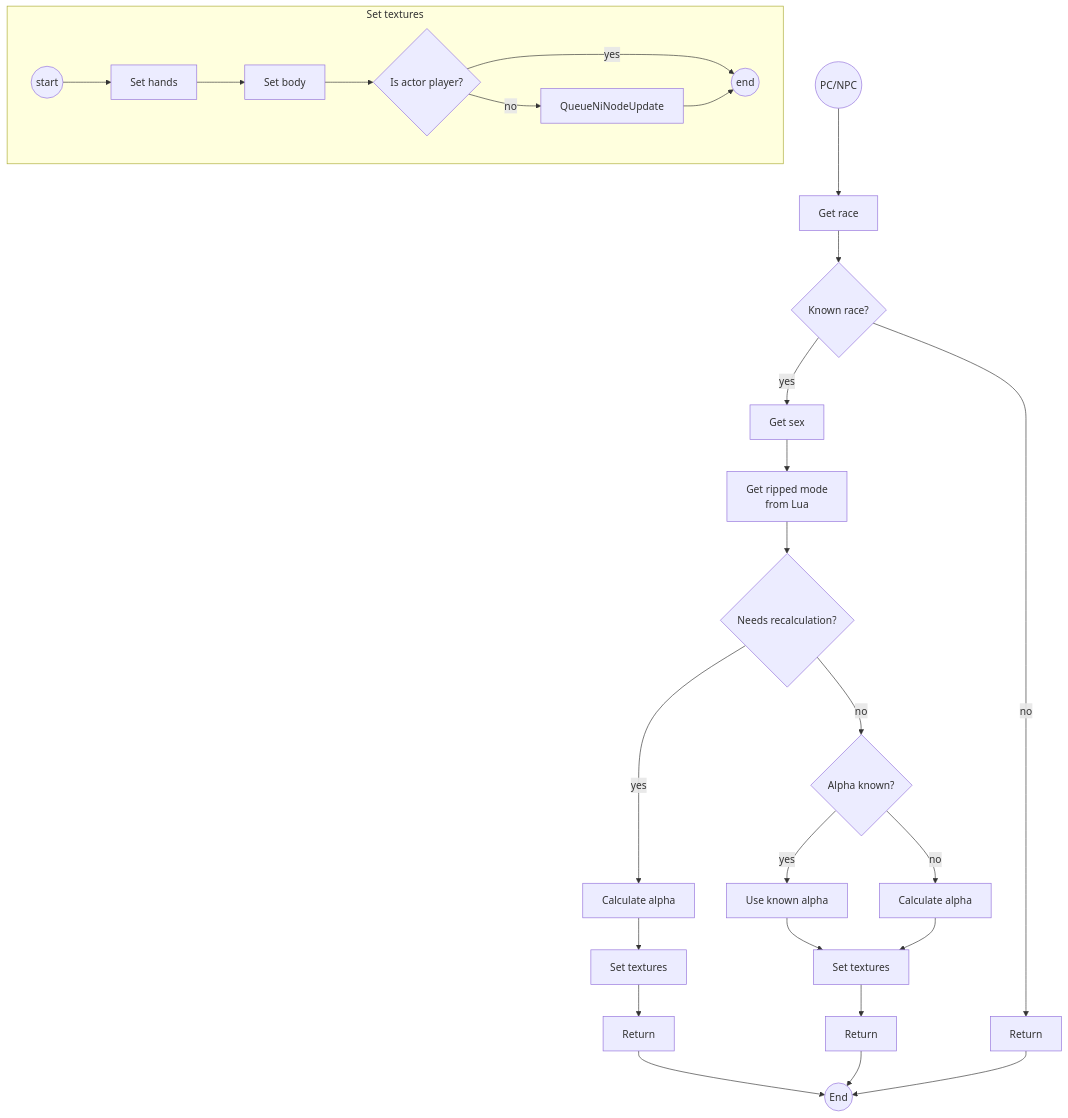
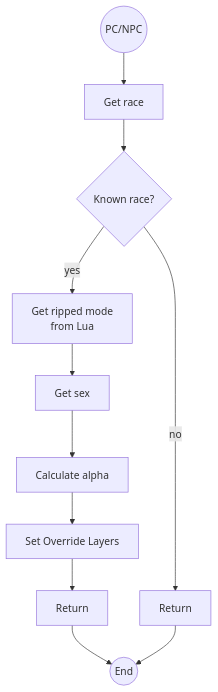
The diagram in docs/programmer/diagrams/ripped-txtmgr-makeripped.mmd (CarlosLeyvaAyala/Sandow-Plus-Plus), drawn with Mermaid before and after one commit. The commit also changed 16 other files, not shown here.

Commit message:
Optimize ripped method for player-only

```diff
--- a/docs/programmer/diagrams/ripped-txtmgr-makeripped.mmd
+++ b/docs/programmer/diagrams/ripped-txtmgr-makeripped.mmd
@@ -1,44 +1,18 @@
 graph TD
 
 start((PC/NPC))
 getRace[Get race]
 knownRace{Known race?}
 getSex[Get sex]
 rippedMode[Get ripped mode<br>from Lua]
-needsRecalc{Needs recalculation?}
 calcAlpha[Calculate alpha]
-calcAlpha2[Calculate alpha]
-useKnown[Use known alpha]
-alphaKnown{Alpha known?}
-setTextures[Set textures]
-setTextures2[Set textures]
-rrecalc[Return <recalculate>]
-ralpha[Return <alpha>]
+setLyr[Set Override Layers]
+rValid[Return <valid>]
 rinvalid[Return <invalid>]
 stop((End))
 
 
 start --> getRace --> knownRace
 knownRace -->|no| rinvalid
-knownRace -->|yes| getSex --> rippedMode --> needsRecalc
-needsRecalc -->|no| alphaKnown
-alphaKnown -->|yes| useKnown --> setTextures --> ralpha
-alphaKnown -->|no| calcAlpha2 --> setTextures
-needsRecalc --> |yes| calcAlpha -->setTextures2 --> rrecalc
-
-rrecalc --> stop
-ralpha --> stop
+knownRace -->|yes| rippedMode --> getSex --> calcAlpha -->setLyr --> rValid --> stop
 rinvalid --> stop
-
-subgraph setTex[Set textures]
-    stStart((start))
-    stHands[Set hands]
-    stBody[Set body]
-    stIsPlayer{Is actor player?}
-    stEnd((end))
-    stNinode[QueueNiNodeUpdate]
-
-    stStart --> stHands-->stBody --> stIsPlayer
-    stIsPlayer -->|yes| stEnd
-    stIsPlayer -->|no| stNinode --> stEnd
-end
```
